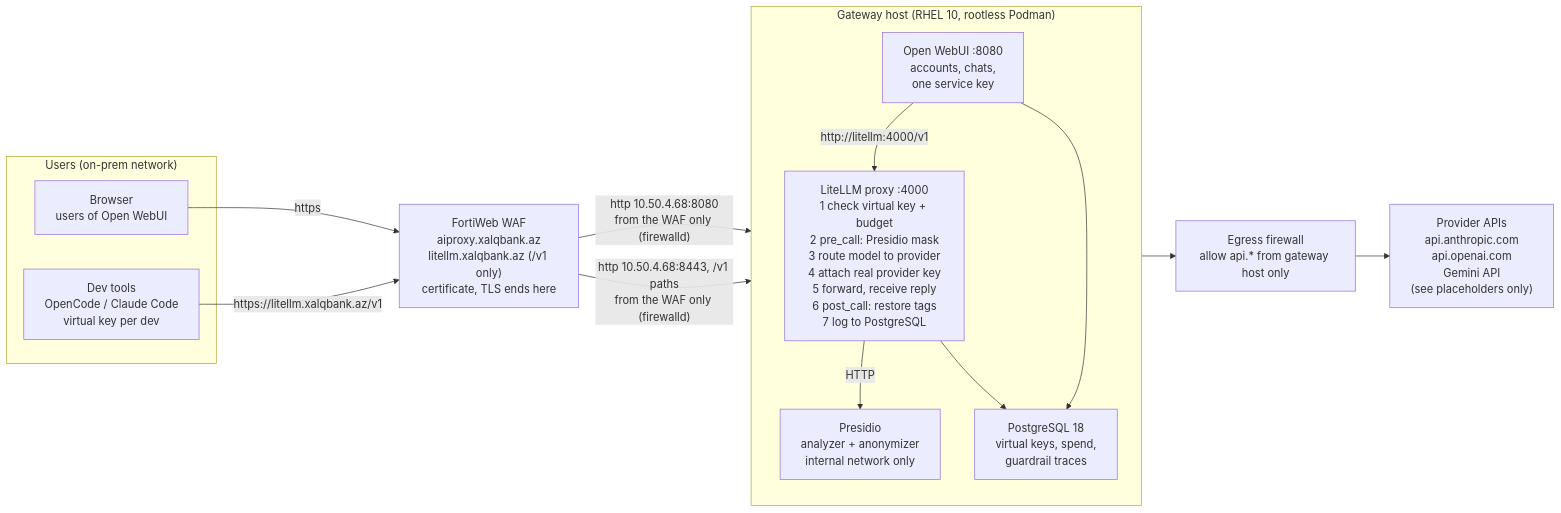
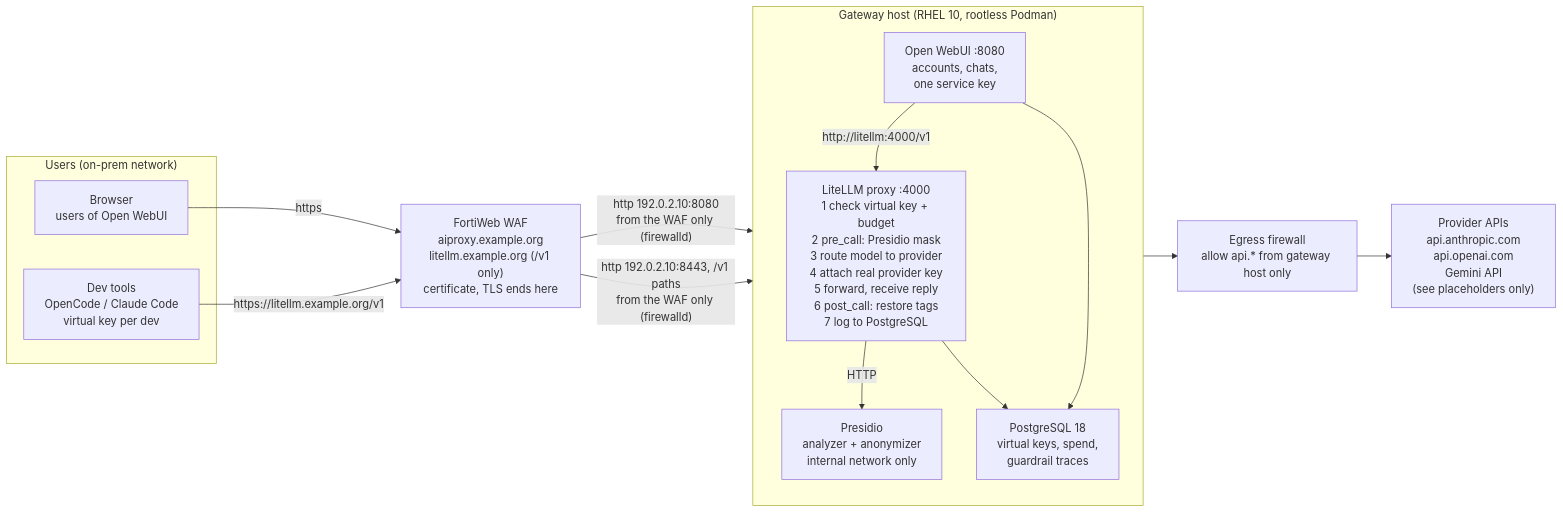
Before and after one commit to nafud/litellm: the diagram in README.md, drawn with Mermaid. The commit also changed other lines of this file and 13 other files, not shown here.

````diff
--- a/README.md
+++ b/README.md
@@ -14,26 +22,26 @@
 ```mermaid
 flowchart LR
   subgraph clients["Users (on-prem network)"]
     ui["Browser<br/>users of Open WebUI"]
     dev["Dev tools<br/>OpenCode / Claude Code<br/>virtual key per dev"]
   end
   subgraph host["Gateway host (RHEL 10, rootless Podman)"]
     direction TB
     owui["Open WebUI :8080<br/>accounts, chats,<br/>one service key"]
     litellm["LiteLLM proxy :4000<br/>1 check virtual key + budget<br/>2 pre_call: Presidio mask<br/>3 route model to provider<br/>4 attach real provider key<br/>5 forward, receive reply<br/>6 post_call: restore tags<br/>7 log to PostgreSQL"]
     presidio["Presidio<br/>analyzer + anonymizer<br/>internal network only"]
     pg["PostgreSQL 18<br/>virtual keys, spend,<br/>guardrail traces"]
     litellm -- HTTP --> presidio
     litellm --> pg
     owui --> pg
     owui -- "http://litellm:4000/v1" --> litellm
   end
-  waf["FortiWeb WAF<br/>aiproxy.xalqbank.az<br/>litellm.xalqbank.az (/v1 only)<br/>certificate, TLS ends here"]
+  waf["FortiWeb WAF<br/>aiproxy.example.org<br/>litellm.example.org (/v1 only)<br/>certificate, TLS ends here"]
   fw["Egress firewall<br/>allow api.* from gateway host only"]
   prov["Provider APIs<br/>api.anthropic.com<br/>api.openai.com<br/>Gemini API<br/>(see placeholders only)"]
   ui -- "https" --> waf
-  waf -- "http 10.50.4.68:8080<br/>from the WAF only (firewalld)" --> owui
-  dev -- "https://litellm.xalqbank.az/v1" --> waf
-  waf -- "http 10.50.4.68:8443, /v1 paths<br/>from the WAF only (firewalld)" --> litellm
+  waf -- "http 192.0.2.10:8080<br/>from the WAF only (firewalld)" --> owui
+  dev -- "https://litellm.example.org/v1" --> waf
+  waf -- "http 192.0.2.10:8443, /v1 paths<br/>from the WAF only (firewalld)" --> litellm
   litellm --> fw --> prov
 ```
````
